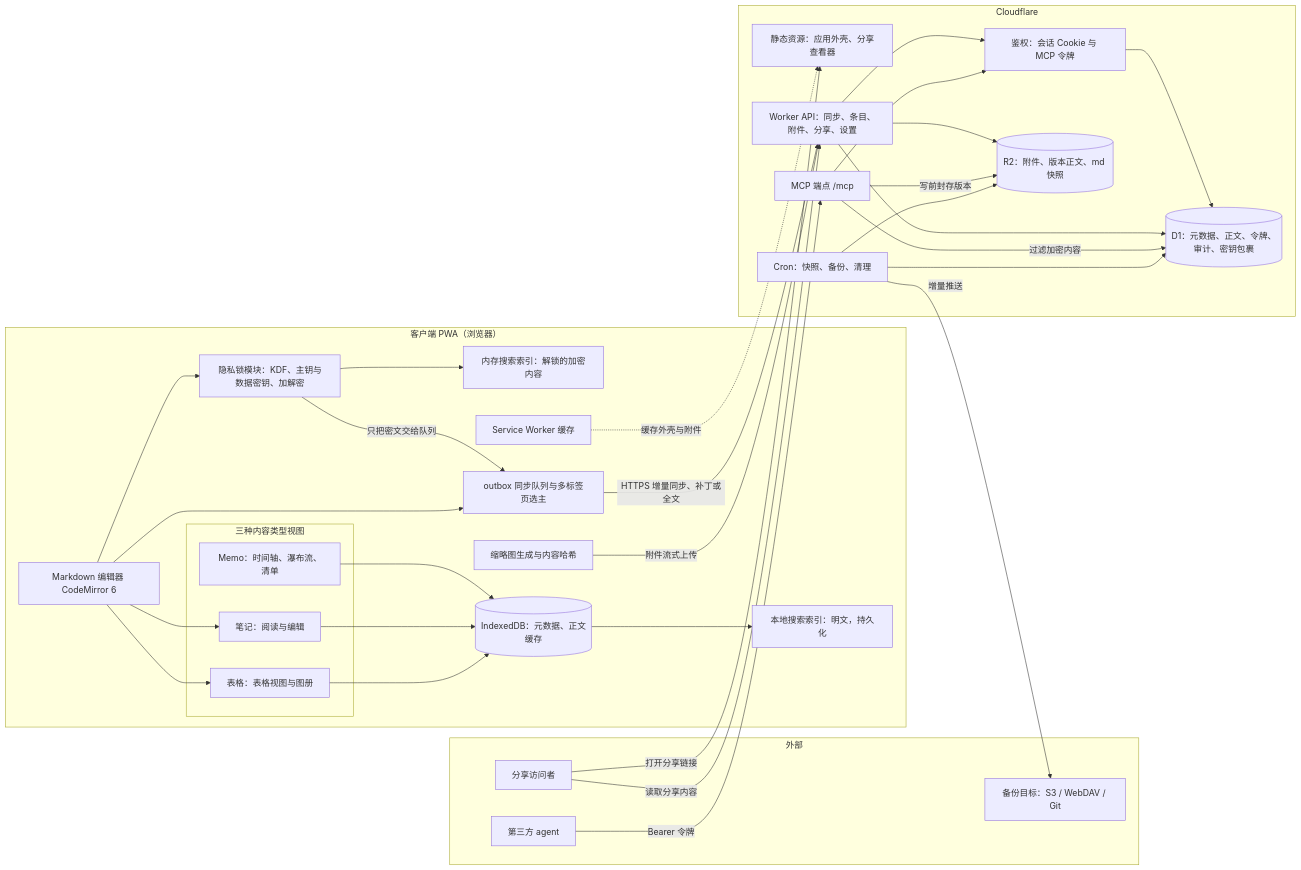
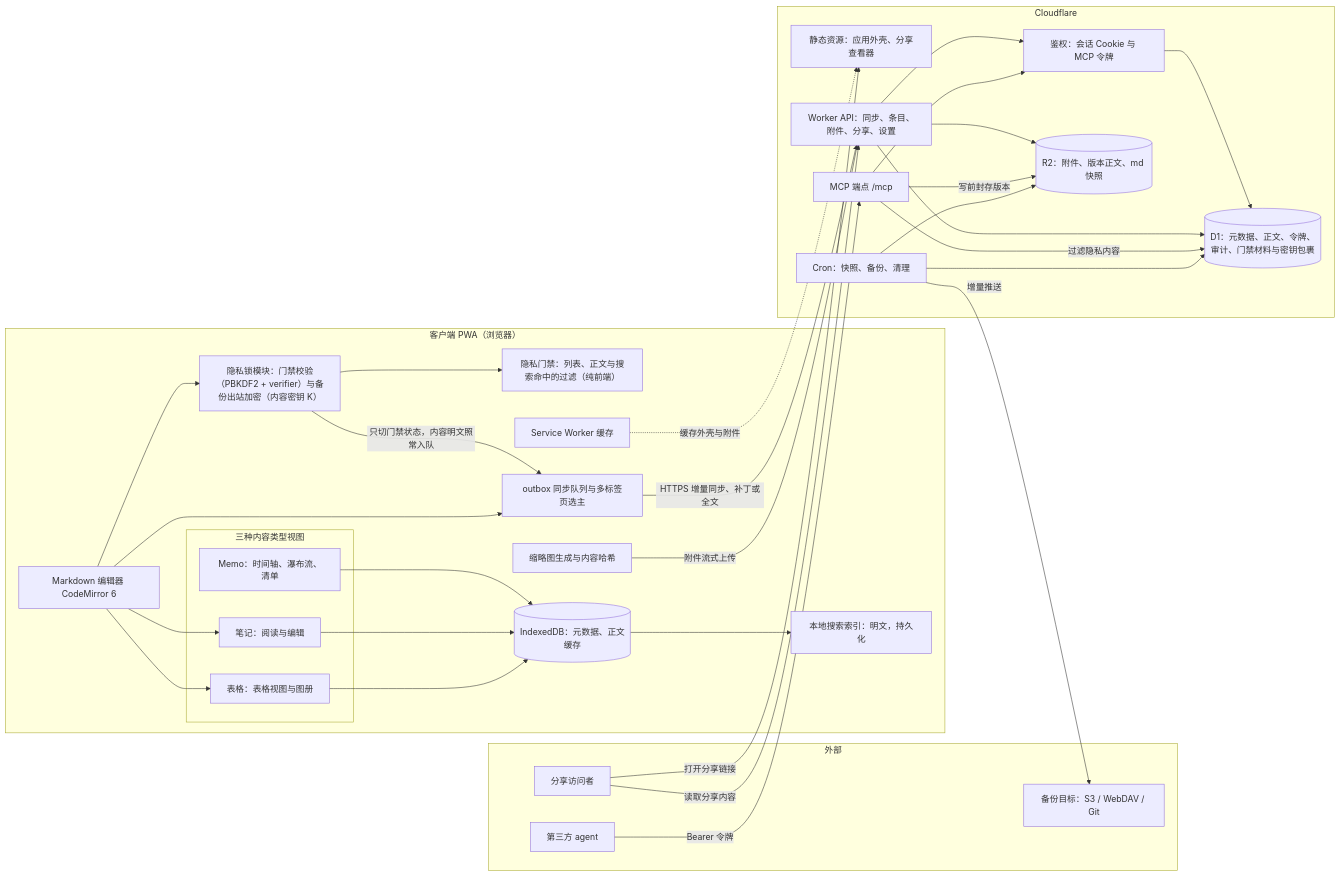
One commit to maxxie6418/MeNote changed the first of 3 diagrams in wiki/Menote-设计文档-v7.4.md. Above: the diagram before and after it, drawn with Mermaid. The commit also changed other lines of this file and 10 other files, not shown here.

````diff
--- a/wiki/Menote-设计文档-v7.4.md
+++ b/wiki/Menote-设计文档-v7.4.md
@@ -82,61 +82,61 @@
 ```mermaid
 flowchart LR
     subgraph EXT["外部"]
         AG["第三方 agent"]
         SV["分享访问者"]
         BT["备份目标：S3 / WebDAV / Git"]
     end
 
     subgraph PWA["客户端 PWA（浏览器）"]
         ED["Markdown 编辑器 CodeMirror 6"]
         subgraph VIEWS["三种内容类型视图"]
             VN["笔记：阅读与编辑"]
             VT["表格：表格视图与图册"]
             VM["Memo：时间轴、瀑布流、清单"]
         end
-        LOCK["隐私锁模块：KDF、主钥与数据密钥、加解密"]
+        LOCK["隐私锁模块：门禁校验（PBKDF2 + verifier）与备份出站加密（内容密钥 K）"]
         IDX["本地搜索索引：明文，持久化"]
-        MIDX["内存搜索索引：解锁的加密内容"]
+        MIDX["隐私门禁：列表、正文与搜索命中的过滤（纯前端）"]
         LDB[("IndexedDB：元数据、正文缓存")]
         OB["outbox 同步队列与多标签页选主"]
         TH["缩略图生成与内容哈希"]
         SW["Service Worker 缓存"]
     end
 
     subgraph CF["Cloudflare"]
         ASSET["静态资源：应用外壳、分享查看器"]
         API["Worker API：同步、条目、附件、分享、设置"]
         MCP["MCP 端点 /mcp"]
         AUTH["鉴权：会话 Cookie 与 MCP 令牌"]
-        DB[("D1：元数据、正文、令牌、审计、密钥包裹")]
+        DB[("D1：元数据、正文、令牌、审计、门禁材料与密钥包裹")]
         OBJ[("R2：附件、版本正文、md 快照")]
         CRON["Cron：快照、备份、清理"]
     end
 
     ED --> VN
     ED --> VT
     VM --> LDB
     VN --> LDB
     VT --> LDB
     ED --> LOCK
-    LOCK -->|"只把密文交给队列"| OB
+    LOCK -->|"只切门禁状态，内容明文照常入队"| OB
     LOCK --> MIDX
     LDB --> IDX
     ED --> OB
     OB -->|"HTTPS 增量同步、补丁或全文"| API
     TH -->|"附件流式上传"| API
     SW -.->|"缓存外壳与附件"| ASSET
     API --> AUTH
     MCP --> AUTH
     AUTH --> DB
     API --> DB
     API --> OBJ
-    MCP -->|"过滤加密内容"| DB
+    MCP -->|"过滤隐私内容"| DB
     MCP -->|"写前封存版本"| OBJ
     CRON --> DB
     CRON --> OBJ
     CRON -->|"增量推送"| BT
     AG -->|"Bearer 令牌"| MCP
     SV -->|"打开分享链接"| ASSET
     SV -->|"读取分享内容"| API
 ```
````
